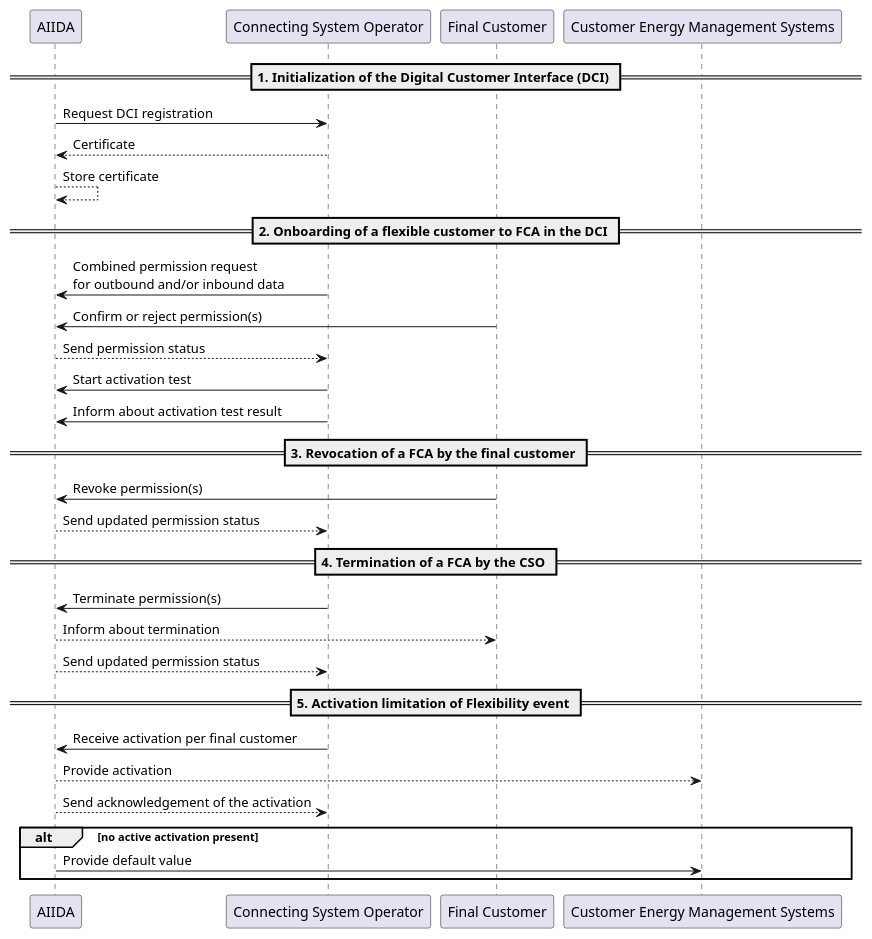
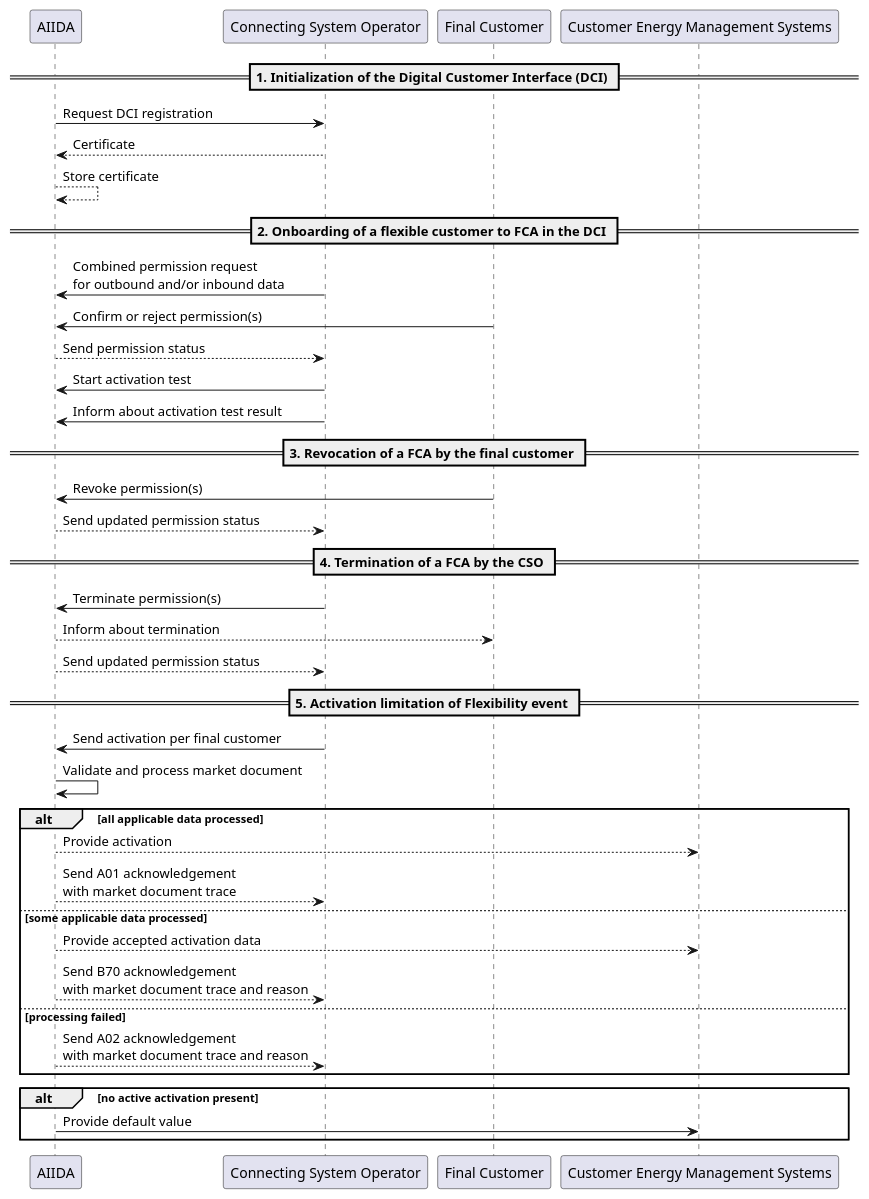
Before and after one commit to eddie-energy/eddie: the diagram in aiida/docs/diagrams/fca-sequence-diagram.puml, drawn with PlantUML. The commit also changed 4 other files, not shown here.

Commit message:
feat(aiida): Include in acknowledgements if processing was successful or why it failed - Add documentation on acknowledgements

```diff
--- a/aiida/docs/diagrams/fca-sequence-diagram.puml
+++ b/aiida/docs/diagrams/fca-sequence-diagram.puml
@@ -4,36 +4,45 @@
 @startuml
 
 == 1. Initialization of the Digital Customer Interface (DCI) ==
 AIIDA -> "Connecting System Operator" as CSO: Request DCI registration
 CSO --> AIIDA: Certificate
 AIIDA --> AIIDA: Store certificate
 
 == 2. Onboarding of a flexible customer to FCA in the DCI ==
 CSO -> AIIDA: Combined permission request\nfor outbound and/or inbound data
 "Final Customer" as FC -> AIIDA: Confirm or reject permission(s)
 AIIDA --> CSO: Send permission status
 CSO -> AIIDA: Start activation test
 CSO -> AIIDA: Inform about activation test result
 
 == 3. Revocation of a FCA by the final customer ==
 
 FC -> AIIDA: Revoke permission(s)
 AIIDA --> CSO: Send updated permission status
 
 == 4. Termination of a FCA by the CSO ==
 
 CSO -> AIIDA: Terminate permission(s)
 AIIDA --> FC: Inform about termination
 AIIDA --> CSO: Send updated permission status
 
 == 5. Activation limitation of Flexibility event ==
 
-CSO -> AIIDA: Receive activation per final customer
-AIIDA --> "Customer Energy Management Systems" as CEMS: Provide activation
-AIIDA --> CSO: Send acknowledgement of the activation
+CSO -> AIIDA: Send activation per final customer
+AIIDA -> AIIDA: Validate and process market document
+
+alt all applicable data processed
+   AIIDA --> "Customer Energy Management Systems" as CEMS: Provide activation
+   AIIDA --> CSO: Send A01 acknowledgement\nwith market document trace
+else some applicable data processed
+   AIIDA --> CEMS: Provide accepted activation data
+   AIIDA --> CSO: Send B70 acknowledgement\nwith market document trace and reason
+else processing failed
+   AIIDA --> CSO: Send A02 acknowledgement\nwith market document trace and reason
+end
 
 alt no active activation present
    AIIDA -> CEMS: Provide default value
 end
 
 @enduml
```
